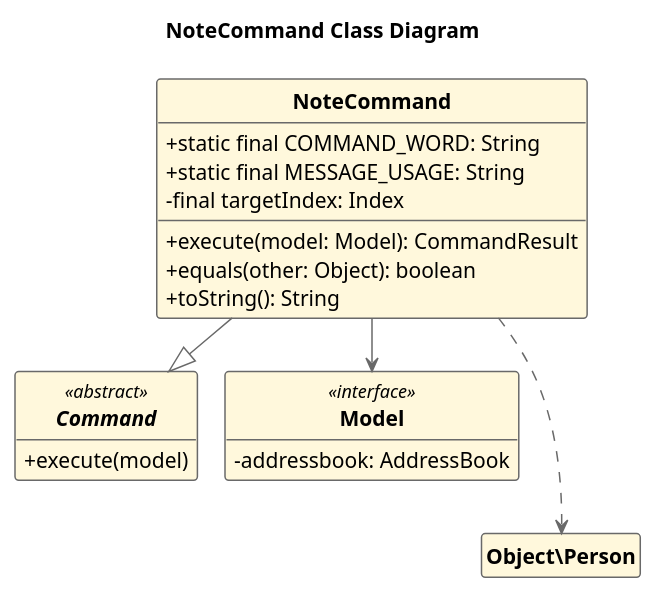
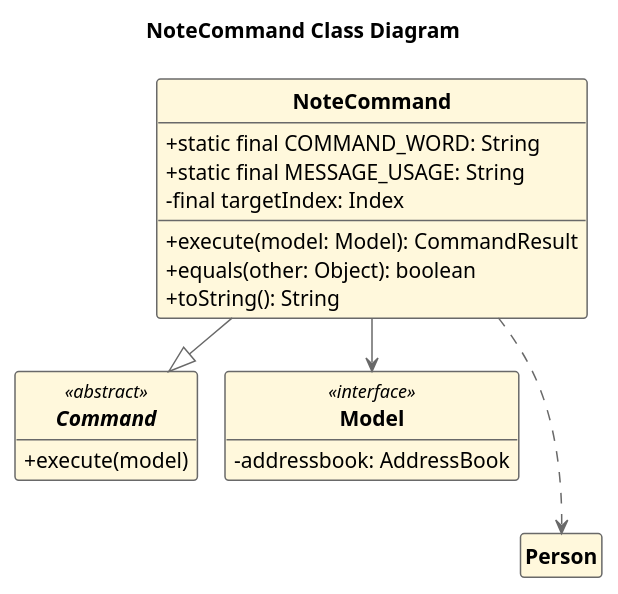
Before and after one commit to AY2324S2-CS2103T-F14-1/tp: the diagram in diagrams/NoteCommandClassDiagram.puml, drawn with PlantUML. The commit also changed 40 other files, not shown here.

```diff
--- a/diagrams/NoteCommandClassDiagram.puml
+++ b/diagrams/NoteCommandClassDiagram.puml
@@ -1,46 +1,46 @@
 @startuml
 !pragma layout smetana
 
 hide empty attributes
 hide empty methods
 hide circle
 
 skinparam shadowing false
 skinparam classFontStyle Bold
 skinparam ActivityBackgroundColor Silver
 skinparam ActivityBorderColor DimGray
 
 skinparam classAttributeIconSize 0
 
 skinparam class {
     BackgroundColor Cornsilk
     ArrowColor DimGray
     BorderThickness 1
     BorderColor DimGray
 }
 
 title NoteCommand Class Diagram
 
 Interface "Command" as Object\Command <<abstract>> {
     + execute(model)
 }
 
 class "NoteCommand" as Object\NoteCommand {
      +static final COMMAND_WORD: String
      +static final MESSAGE_USAGE: String
      - final targetIndex: Index
      +execute(model: Model): CommandResult
      +equals(other: Object): boolean
      +toString(): String
 }
 
 class "Model" as Object\Model <<interface>> {
     - addressbook: AddressBook
 }
 
 Object\NoteCommand --> Object\Model
-Object\NoteCommand ...> Object\Person
+Object\NoteCommand ...> Person
 Object\NoteCommand --|> Object\Command
 
 
 @enduml
```
